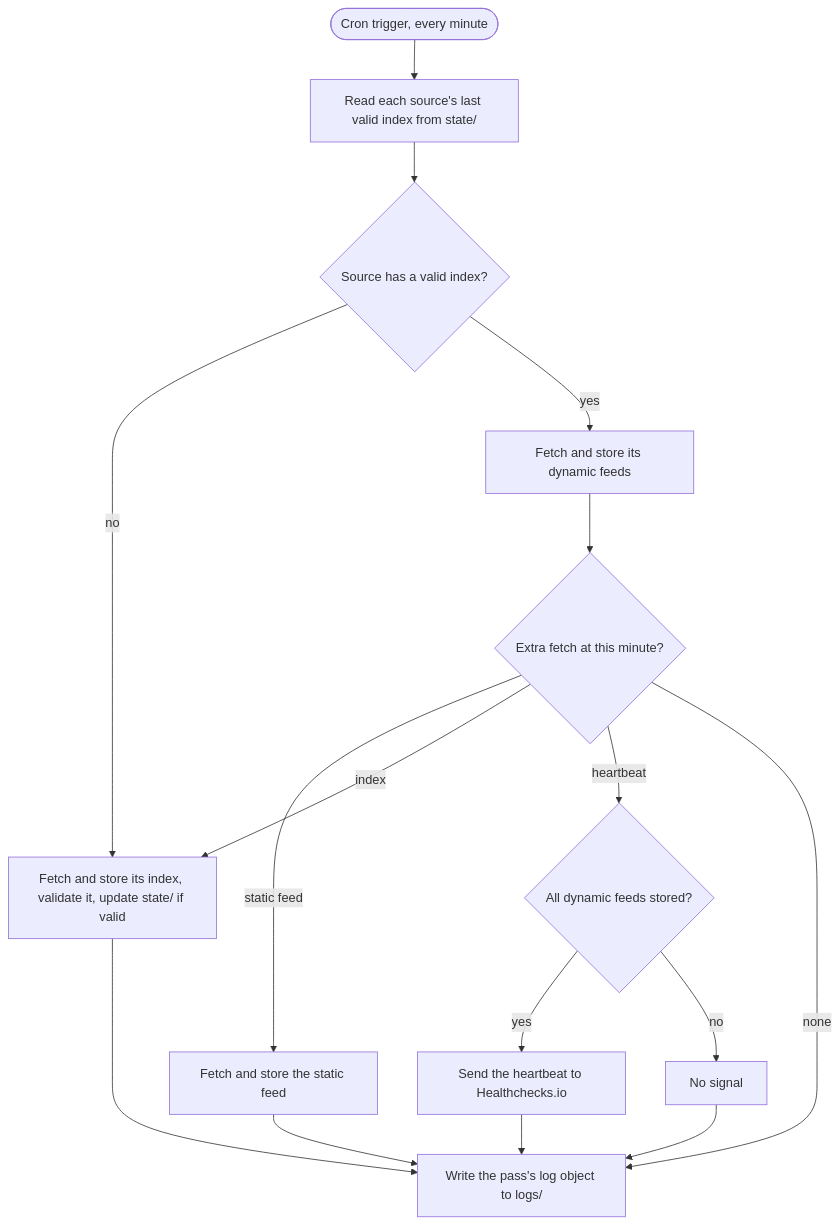
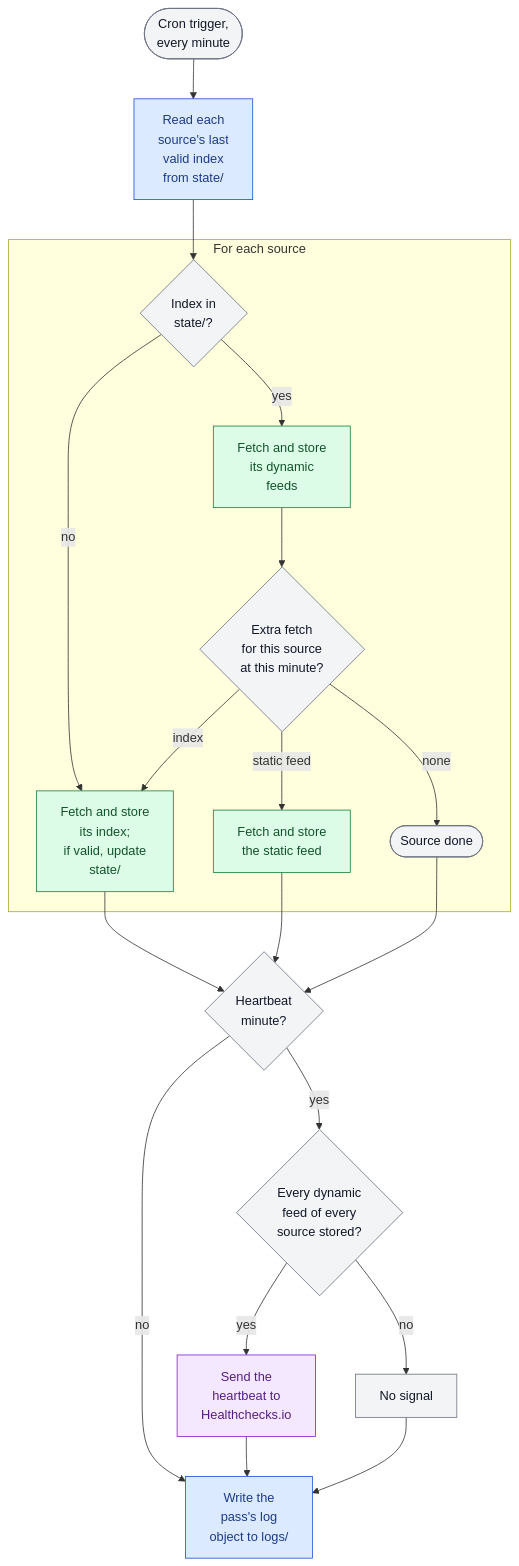
One commit to markciano/bikesharing changed the diagram in docs/designs/d004-bronze-data-capture.md. Above: the diagram before and after it, drawn with Mermaid. The commit also changed other lines of this file, not shown here.

Commit message:
docs: d004, split the pass diagram by source and pass

````diff
--- a/docs/designs/d004-bronze-data-capture.md
+++ b/docs/designs/d004-bronze-data-capture.md
@@ -515,19 +515,36 @@
 ```mermaid
 flowchart TD
-    cron([Cron trigger, every minute]) --> pass[Read each source's last valid index from state/]
-    pass --> valid{Source has a valid index?}
-    valid -- no --> refresh[Fetch and store its index, validate it, update state/ if valid]
-    valid -- yes --> dyn[Fetch and store its dynamic feeds]
-    dyn --> extra{Extra fetch at this minute?}
-    extra -- static feed --> stat[Fetch and store the static feed]
-    extra -- index --> refresh
-    extra -- heartbeat --> hb{All dynamic feeds stored?}
-    hb -- yes --> signal[Send the heartbeat to Healthchecks.io]
+    cron([Cron trigger,<br>every minute]) --> read[Read each<br>source's last<br>valid index<br>from state/]
+    read --> valid
+
+    subgraph each [For each source]
+        valid{Index in<br>state/?}
+        valid -- no --> refresh[Fetch and store<br>its index;<br>if valid, update<br>state/]
+        valid -- yes --> dyn[Fetch and store<br>its dynamic<br>feeds]
+        dyn --> extra{Extra fetch<br>for this source<br>at this minute?}
+        extra -- index --> refresh
+        extra -- static feed --> stat[Fetch and store<br>the static feed]
+        extra -- none --> next([Source done])
+    end
+
+    refresh --> hbmin
+    stat --> hbmin
+    next --> hbmin
+    hbmin{Heartbeat<br>minute?}
+    hbmin -- no --> log
+    hbmin -- yes --> hb{Every dynamic<br>feed of every<br>source stored?}
+    hb -- yes --> signal[Send the<br>heartbeat to<br>Healthchecks.io]
     hb -- no --> skip[No signal]
-    extra -- none --> done
-    stat --> done
-    refresh --> done
-    signal --> done
-    skip --> done
-    done[Write the pass's log object to logs/]
+    signal --> log
+    skip --> log
+    log[Write the<br>pass's log<br>object to logs/]
+
+    classDef decision fill:#f3f4f6,stroke:#6b7280,color:#111827
+    classDef r2 fill:#dbeafe,stroke:#1d4ed8,color:#1e3a8a
+    classDef source fill:#dcfce7,stroke:#15803d,color:#14532d
+    classDef external fill:#f3e8ff,stroke:#7e22ce,color:#581c87
+    class cron,valid,extra,next,hbmin,hb,skip decision
+    class read,log r2
+    class refresh,dyn,stat source
+    class signal external
 ```
````
